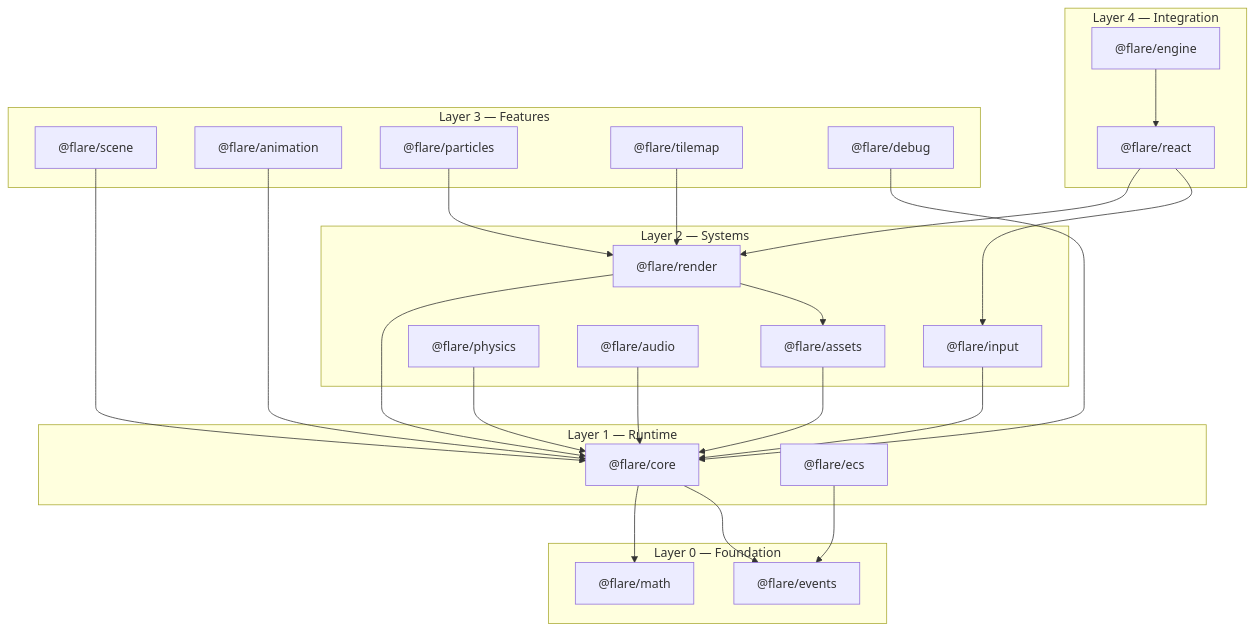
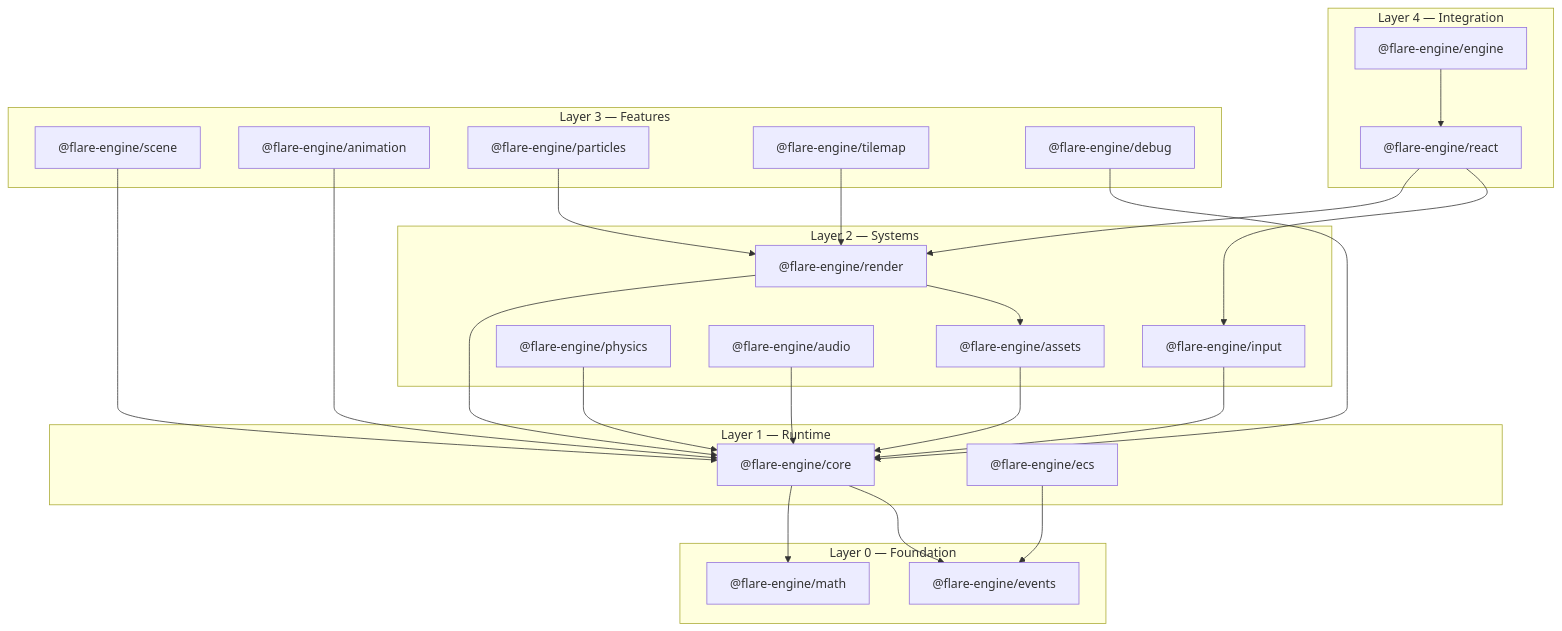
Before and after one commit to grzott/flare-engine: the diagram in README.md, drawn with Mermaid. The commit also changed other lines of this file and 142 other files, not shown here.

Commit message:
chore: lib scope renamed to flare-engine, as flare is reserved

````diff
--- a/README.md
+++ b/README.md
@@ -5,47 +7,47 @@
 ```mermaid
 graph TB
     subgraph "Layer 4 — Integration"
-        engine["@flare/engine"]
-        react_pkg["@flare/react"]
+        engine["@flare-engine/engine"]
+        react_pkg["@flare-engine/react"]
     end
     subgraph "Layer 3 — Features"
-        scene["@flare/scene"]
-        animation["@flare/animation"]
-        particles["@flare/particles"]
-        tilemap["@flare/tilemap"]
-        debug["@flare/debug"]
+        scene["@flare-engine/scene"]
+        animation["@flare-engine/animation"]
+        particles["@flare-engine/particles"]
+        tilemap["@flare-engine/tilemap"]
+        debug["@flare-engine/debug"]
     end
     subgraph "Layer 2 — Systems"
-        render["@flare/render"]
-        input["@flare/input"]
-        physics["@flare/physics"]
-        audio["@flare/audio"]
-        assets["@flare/assets"]
+        render["@flare-engine/render"]
+        input["@flare-engine/input"]
+        physics["@flare-engine/physics"]
+        audio["@flare-engine/audio"]
+        assets["@flare-engine/assets"]
     end
     subgraph "Layer 1 — Runtime"
-        core["@flare/core"]
-        ecs["@flare/ecs"]
+        core["@flare-engine/core"]
+        ecs["@flare-engine/ecs"]
     end
     subgraph "Layer 0 — Foundation"
-        math["@flare/math"]
-        events["@flare/events"]
+        math["@flare-engine/math"]
+        events["@flare-engine/events"]
     end
 
     engine --> react_pkg
     react_pkg --> render
     react_pkg --> input
     scene --> core
     animation --> core
     particles --> render
     tilemap --> render
     debug --> core
     render --> core
     render --> assets
     input --> core
     physics --> core
     audio --> core
     assets --> core
     core --> math
     core --> events
     ecs --> events
 ```
````
